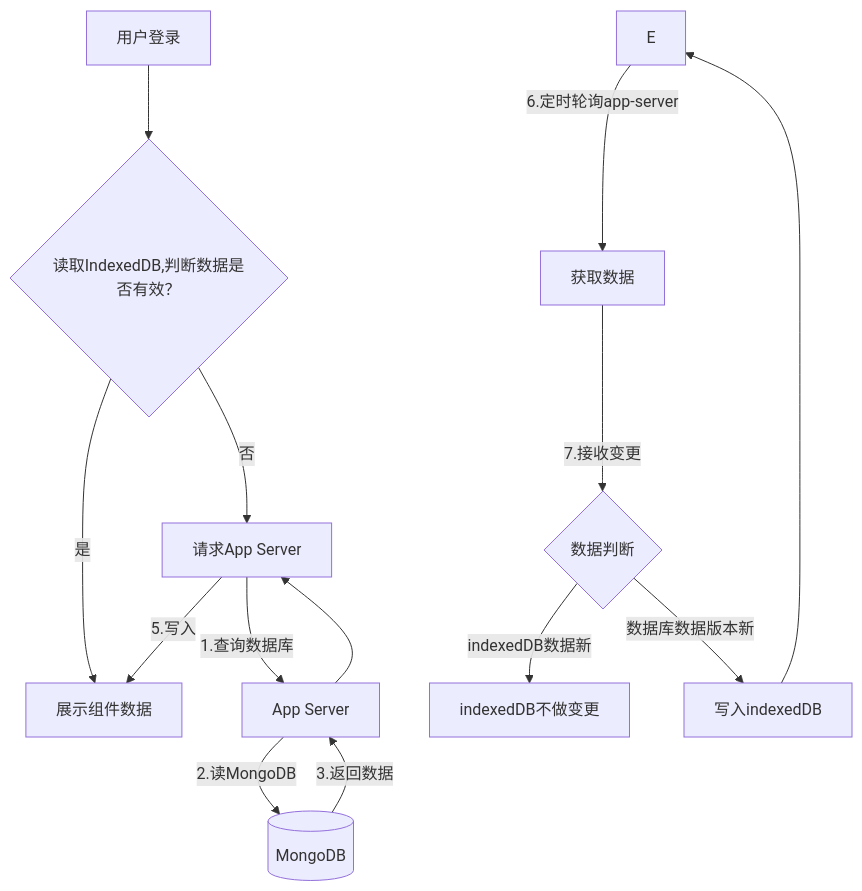
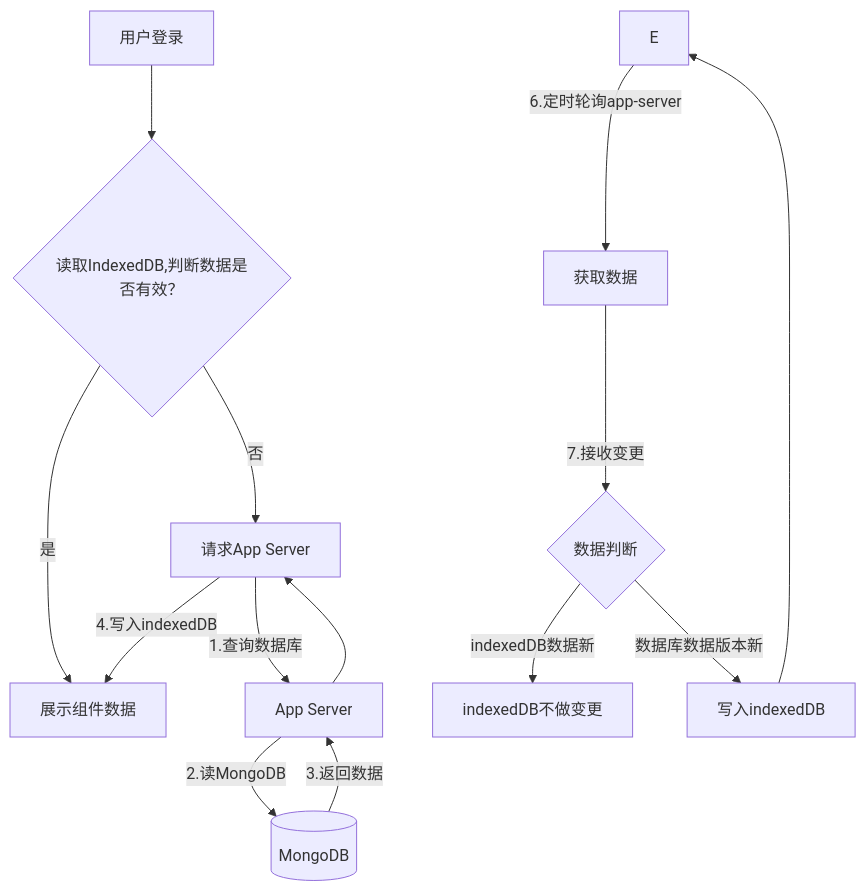
Before and after one commit to yingjianzh/iodraw-files: the diagram in all/未命名-22.md, drawn with Mermaid.

Commit message:
2025-02-18 16:10:38 update

````diff
--- a/all/未命名-22.md
+++ b/all/未命名-22.md
@@ -1,16 +1,16 @@
 ```mermaid
 graph TD
     A[用户登录] --> B{读取IndexedDB,判断数据是否有效？}
     B -->|是| C[展示组件数据]
     B -->|否| D[请求App Server]
     
     D -->|1.查询数据库| F[App Server]
     F -->|2.读MongoDB| G[(MongoDB)]
     G -->|3.返回数据| F --> D
-    D -->|5.写入| C
+    D -->|4.写入indexedDB| C
     E -->|6.定时轮询app-server| H[获取数据]
     H -->|7.接收变更| I{数据判断}
     I -->|indexedDB数据新| J[indexedDB不做变更]
     I -->|数据库数据版本新| K[写入indexedDB]
     K --> E
 ```
````
